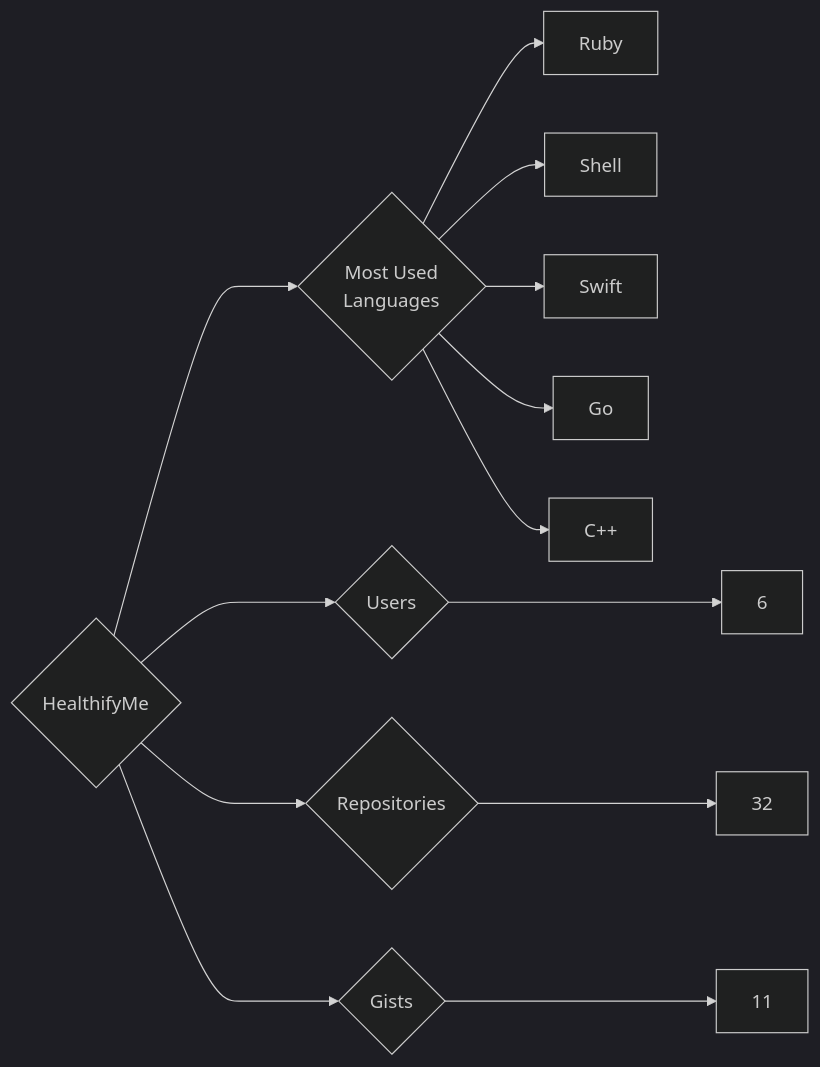
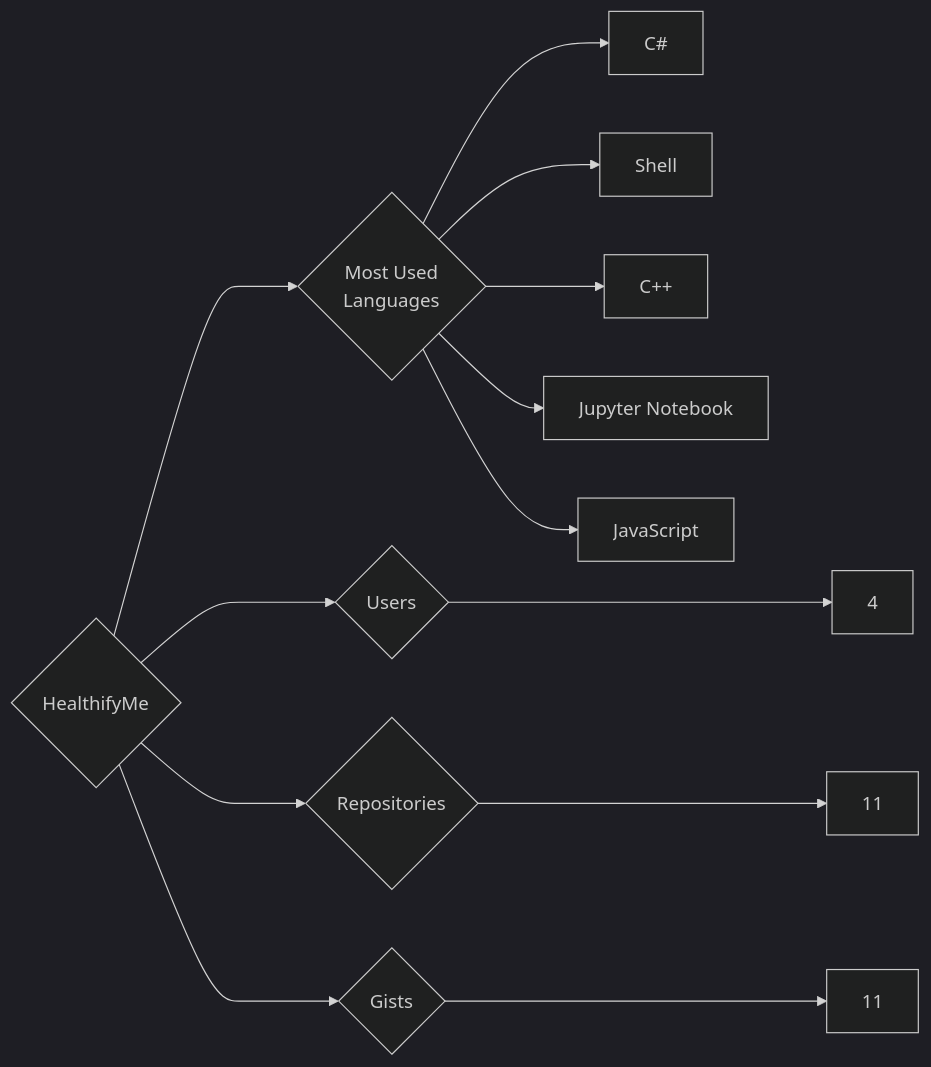
The diagram in targets/HealthifyMe/README.md (trickest/insiders), drawn with Mermaid (dark theme) before and after one commit. The commit also changed 1084 other files, not shown here.

````diff
--- a/targets/HealthifyMe/README.md
+++ b/targets/HealthifyMe/README.md
@@ -3,13 +3,13 @@
 ```mermaid
 graph LR
 COMPANY_NAME{HealthifyMe}
-COMPANY_NAME ---> U{Users} ---> UN[6]
-COMPANY_NAME ---> R{Repositories} ---> RN[32]
+COMPANY_NAME ---> U{Users} ---> UN[4]
+COMPANY_NAME ---> R{Repositories} ---> RN[11]
 COMPANY_NAME ---> G{Gists} ---> GN[11]
 COMPANY_NAME ---> ML{Most Used<br>Languages}
-ML --> Ruby[Ruby]
+ML --> C#[C#]
 ML --> Shell[Shell]
-ML --> Swift[Swift]
-ML --> Go[Go]
 ML --> C++[C++]
+ML --> Jupyter_Notebook[Jupyter Notebook]
+ML --> JavaScript[JavaScript]
 ```
````
